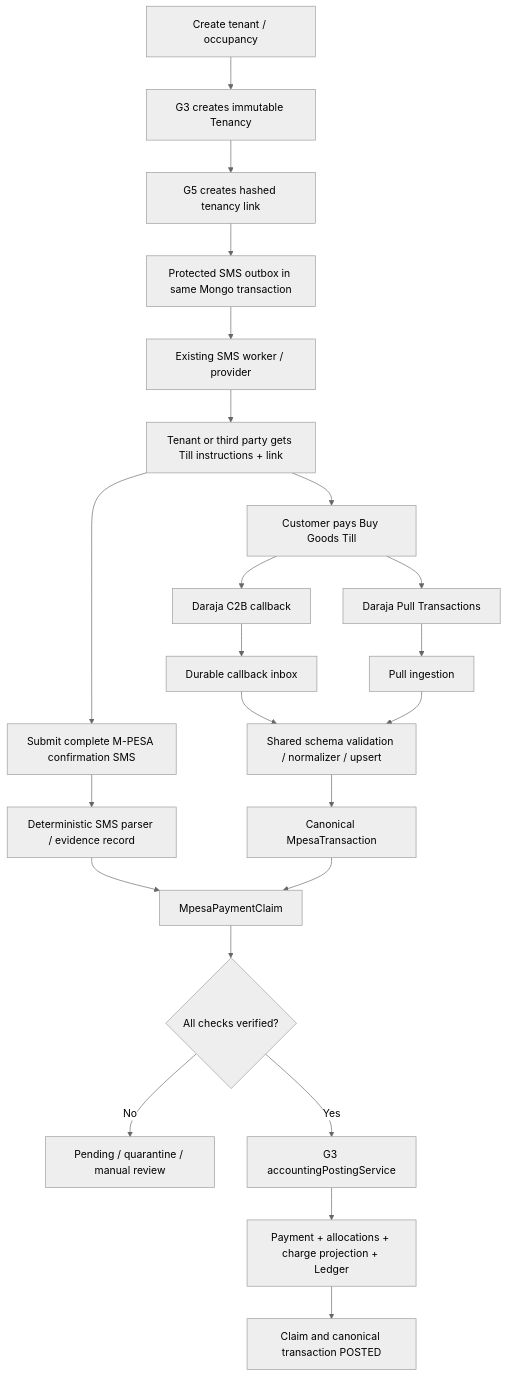
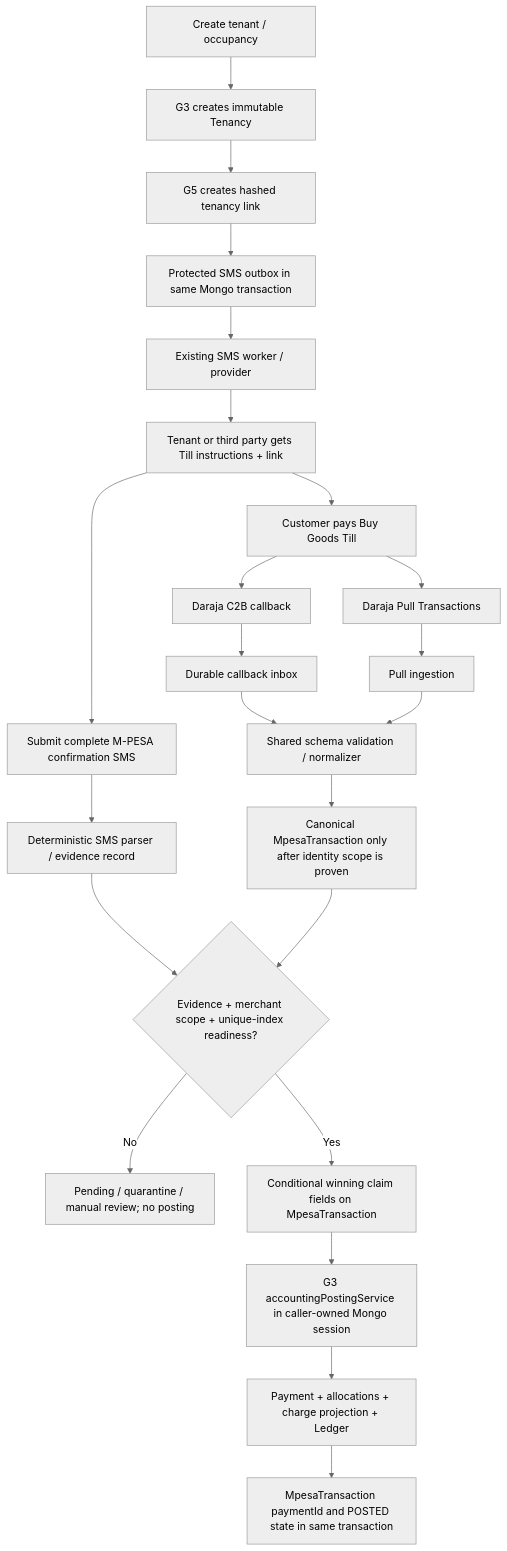
One commit to jolla3/tycoon-estates-backend changed the diagram in docs/g5/architecture.md. Above: the diagram before and after it, drawn with Mermaid (neutral theme). The commit also changed other lines of this file and 4 other files, not shown here.

Commit message:
docs(g5): harden schema review and sync five-record design

````diff
--- a/docs/g5/architecture.md
+++ b/docs/g5/architecture.md
@@ -184,25 +183,25 @@
 ```mermaid
 flowchart TD
   A[Create tenant / occupancy] --> B[G3 creates immutable Tenancy]
   B --> C[G5 creates hashed tenancy link]
   C --> D[Protected SMS outbox in same Mongo transaction]
   D --> E[Existing SMS worker / provider]
   E --> F[Tenant or third party gets Till instructions + link]
   F --> G[Customer pays Buy Goods Till]
   F --> H[Submit complete M-PESA confirmation SMS]
   G --> I[Daraja C2B callback]
   G --> J[Daraja Pull Transactions]
   I --> K[Durable callback inbox]
   J --> L[Pull ingestion]
-  K --> M[Shared schema validation / normalizer / upsert]
+  K --> M[Shared schema validation / normalizer]
   L --> M
-  M --> N[Canonical MpesaTransaction]
+  M --> N[Canonical MpesaTransaction only after identity scope is proven]
   H --> O[Deterministic SMS parser / evidence record]
-  O --> P[MpesaPaymentClaim]
-  N --> P
-  P --> Q{All checks verified?}
-  Q -- No --> R[Pending / quarantine / manual review]
-  Q -- Yes --> S[G3 accountingPostingService]
-  S --> T[Payment + allocations + charge projection + Ledger]
-  T --> U[Claim and canonical transaction POSTED]
+  O --> Q{Evidence + merchant scope + unique-index readiness?}
+  N --> Q
+  Q -- No --> R[Pending / quarantine / manual review; no posting]
+  Q -- Yes --> S[Conditional winning claim fields on MpesaTransaction]
+  S --> T[G3 accountingPostingService in caller-owned Mongo session]
+  T --> U[Payment + allocations + charge projection + Ledger]
+  U --> V[MpesaTransaction paymentId and POSTED state in same transaction]
 ```
````
